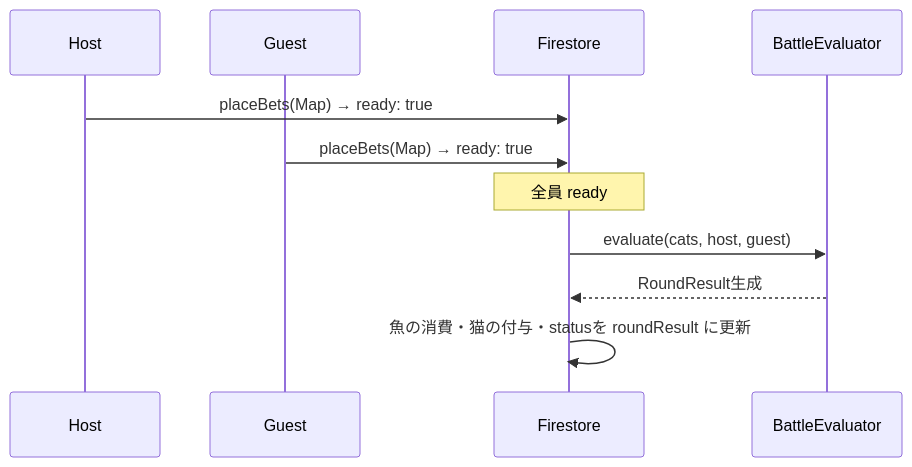
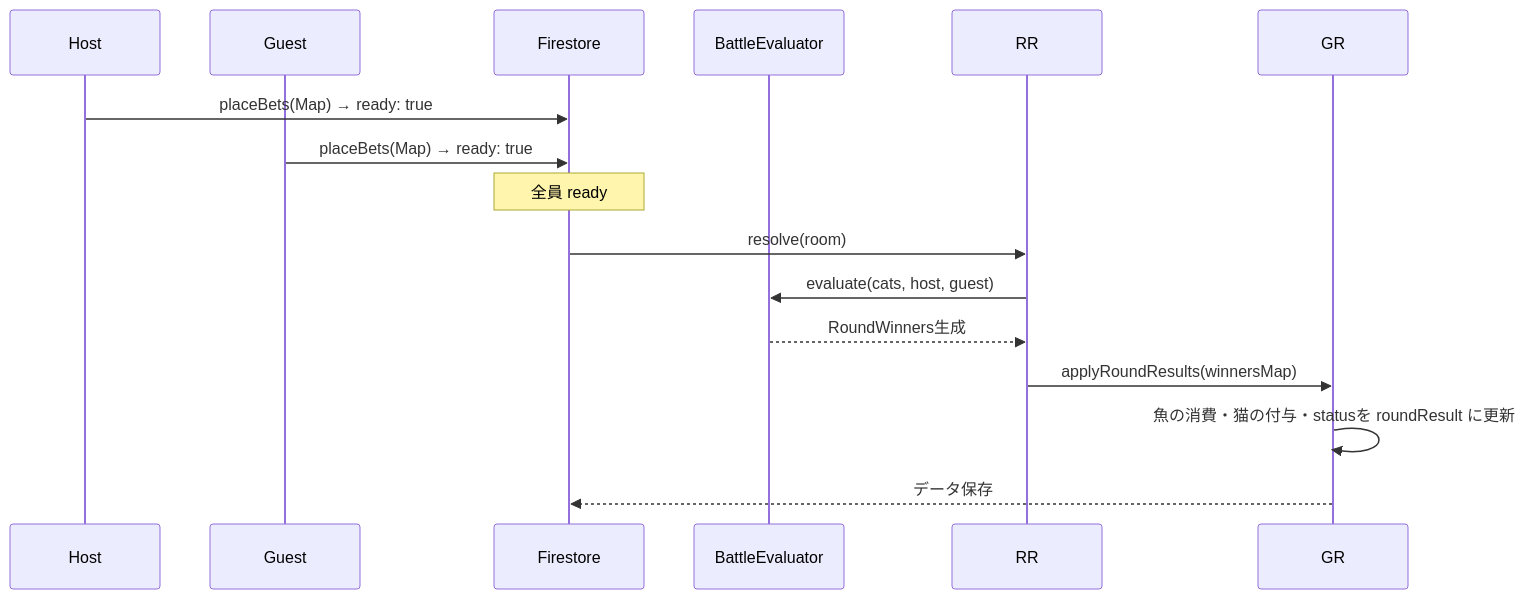
One commit to YotaMomose/battle_for_the_cats_ changed the fifth of 8 diagrams in docs/architecture/05_data_flow.md. Above: the diagram before and after it, drawn with Mermaid. The commit also changed other lines of this file and 11 other files, not shown here.

````diff
--- a/docs/architecture/05_data_flow.md
+++ b/docs/architecture/05_data_flow.md
@@ -101,15 +101,18 @@
 ```mermaid
 sequenceDiagram
     participant H as Host
     participant G as Guest
     participant FS as Firestore
     participant BE as BattleEvaluator
     
     H->>FS: placeBets(Map) → ready: true
     G->>FS: placeBets(Map) → ready: true
     
     Note over FS: 全員 ready
-    FS->>BE: evaluate(cats, host, guest)
-    BE-->>FS: RoundResult生成
-    FS->>FS: 魚の消費・猫の付与・statusを roundResult に更新
+    FS->>RR: resolve(room)
+    RR->>BE: evaluate(cats, host, guest)
+    BE-->>RR: RoundWinners生成
+    RR->>GR: applyRoundResults(winnersMap)
+    GR->>GR: 魚の消費・猫の付与・statusを roundResult に更新
+    GR-->>FS: データ保存
 ```
````
